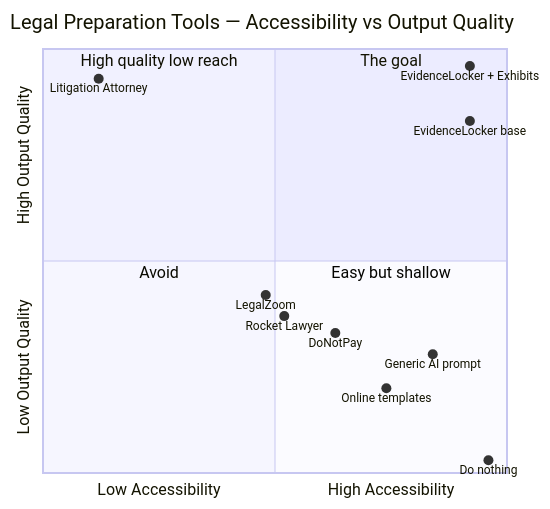
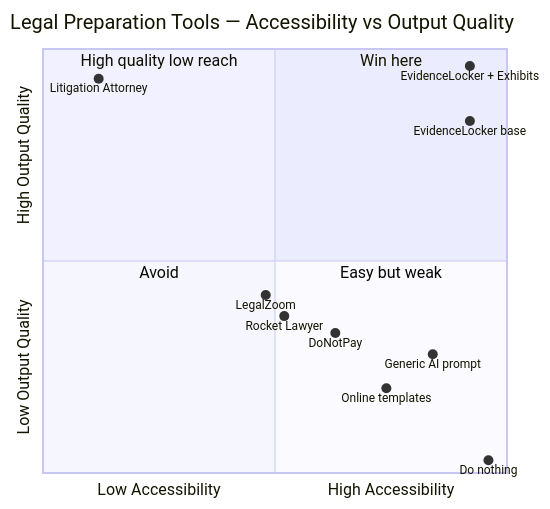
Before and after one commit to Iceman-Dann/Evidence-Locker: the eighth of 13 diagrams in README.md, drawn with Mermaid. The commit also changed other lines of this file, not shown here.

````diff
--- a/README.md
+++ b/README.md
@@ -326,19 +343,19 @@
 ```mermaid
 quadrantChart
     title Legal Preparation Tools — Accessibility vs Output Quality
     x-axis "Low Accessibility" --> "High Accessibility"
     y-axis "Low Output Quality" --> "High Output Quality"
-    quadrant-1 The goal
+    quadrant-1 Win here
     quadrant-2 High quality low reach
     quadrant-3 Avoid
-    quadrant-4 Easy but shallow
+    quadrant-4 Easy but weak
     Litigation Attorney: [0.12, 0.93]
     LegalZoom: [0.48, 0.42]
     Rocket Lawyer: [0.52, 0.37]
     DoNotPay: [0.63, 0.33]
     Generic AI prompt: [0.84, 0.28]
     Online templates: [0.74, 0.20]
     Do nothing: [0.96, 0.03]
     EvidenceLocker base: [0.92, 0.83]
     EvidenceLocker + Exhibits: [0.92, 0.96]
 ```
````
